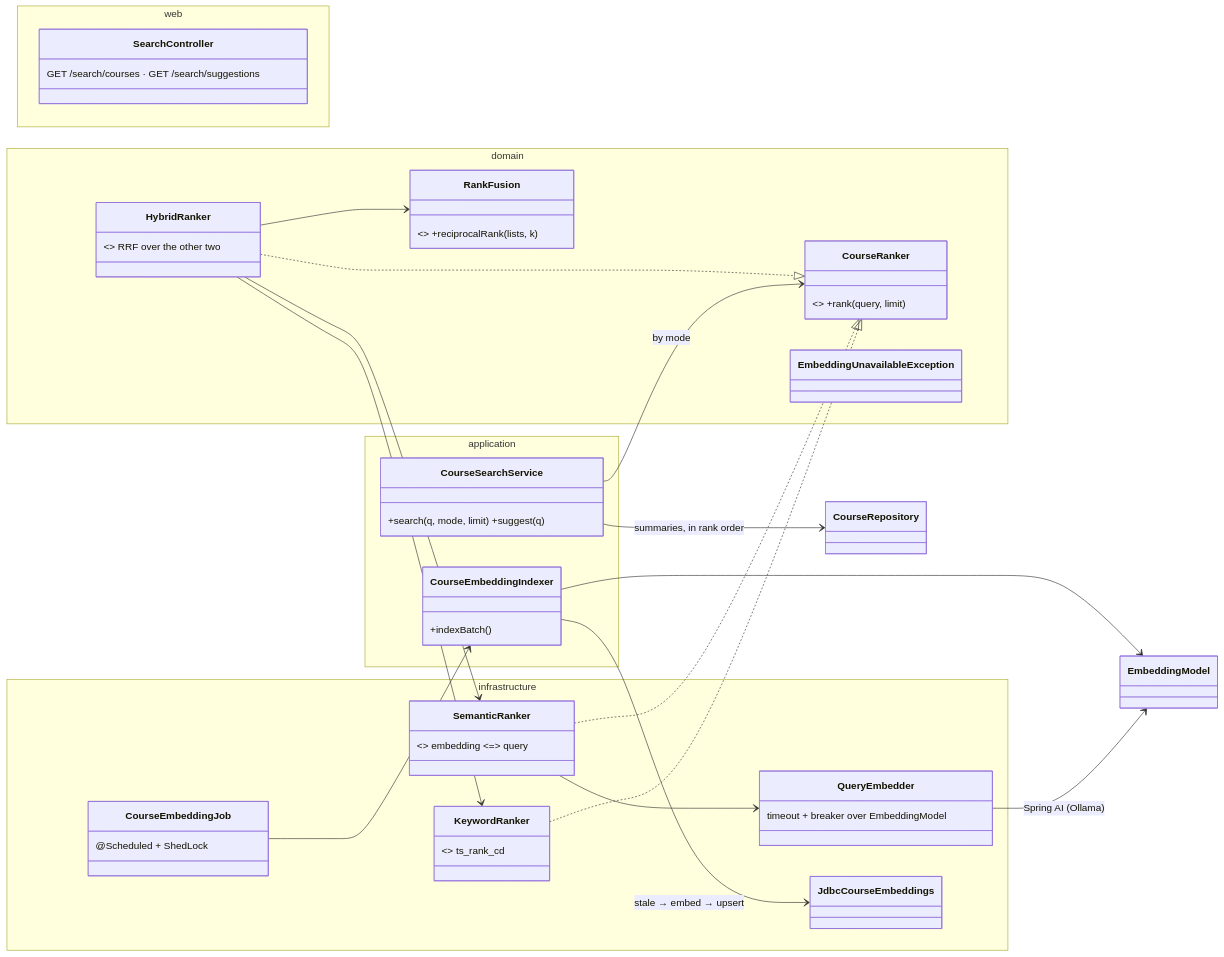
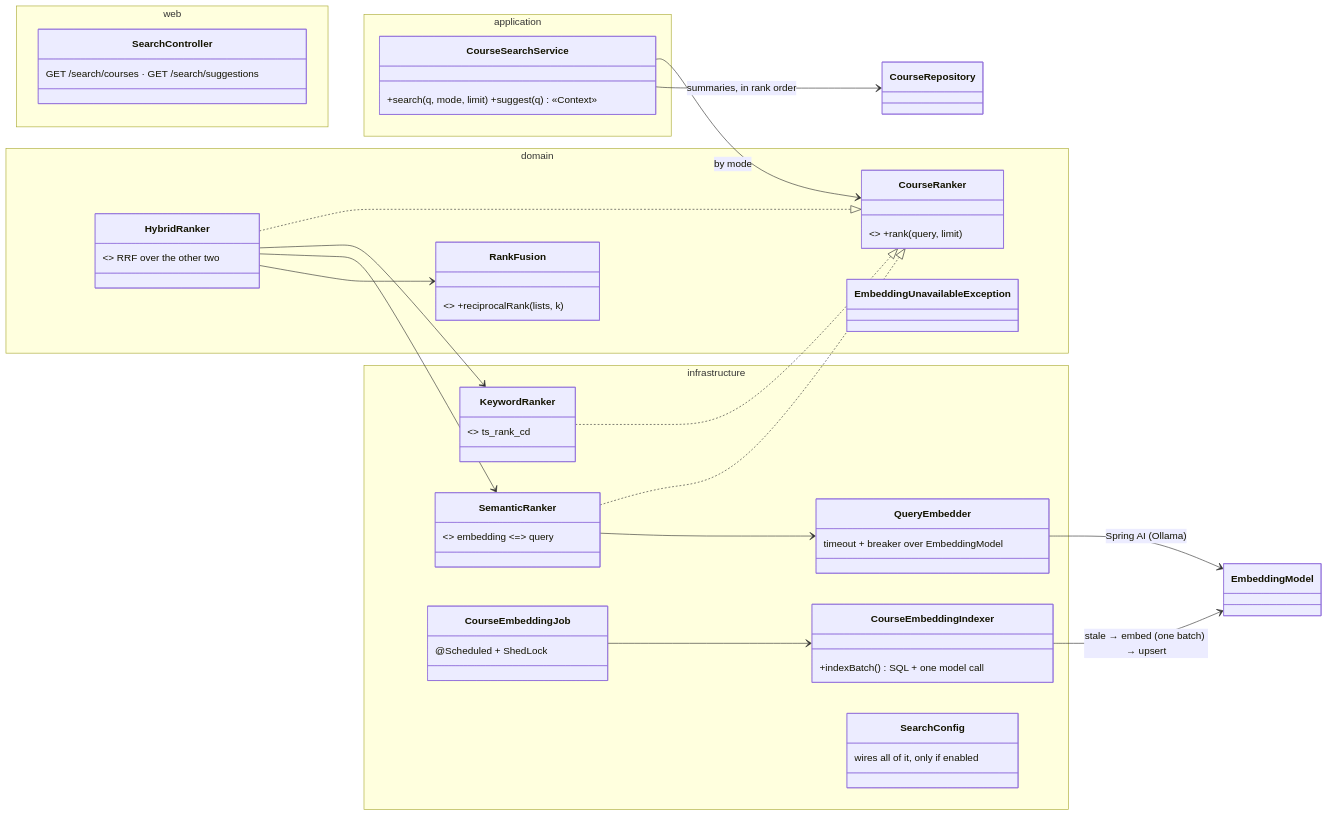
Before and after one commit to b-nimai/Masternova-Spring: the first of 2 diagrams in docs/lld/search.md, drawn with Mermaid. The commit also changed other lines of this file and 29 other files, not shown here.

Commit message:
feat(catalog): semantic search with pgvector + Spring AI (Ollama), hybrid RRF ranking, embedding sweeper, failing open to keywords (11.4)

````diff
--- a/docs/lld/search.md
+++ b/docs/lld/search.md
@@ -50,37 +50,36 @@
 ```mermaid
 classDiagram
   direction LR
   namespace web {
     class SearchController { GET /search/courses · GET /search/suggestions }
   }
   namespace application {
-    class CourseSearchService { +search(q, mode, limit) +suggest(q) }
-    class CourseEmbeddingIndexer { +indexBatch() }
+    class CourseSearchService { +search(q, mode, limit) +suggest(q) «Context» }
   }
   namespace domain {
     class CourseRanker { <<interface, Strategy>> +rank(query, limit) }
     class HybridRanker { <<ConcreteStrategy>> RRF over the other two }
     class RankFusion { <<pure>> +reciprocalRank(lists, k) }
     class EmbeddingUnavailableException
   }
   namespace infrastructure {
     class KeywordRanker { <<ConcreteStrategy>> ts_rank_cd }
     class SemanticRanker { <<ConcreteStrategy>> embedding <=> query }
     class QueryEmbedder { timeout + breaker over EmbeddingModel }
     class CourseEmbeddingJob { @Scheduled + ShedLock }
-    class JdbcCourseEmbeddings
+    class CourseEmbeddingIndexer { +indexBatch() SQL + one model call }
+    class SearchConfig { wires all of it, only if enabled }
   }
   CourseSearchService --> CourseRanker : by mode
   HybridRanker ..|> CourseRanker
   KeywordRanker ..|> CourseRanker
   SemanticRanker ..|> CourseRanker
   HybridRanker --> KeywordRanker
   HybridRanker --> SemanticRanker
   HybridRanker --> RankFusion
   SemanticRanker --> QueryEmbedder
   QueryEmbedder --> EmbeddingModel : Spring AI (Ollama)
   CourseEmbeddingJob --> CourseEmbeddingIndexer
-  CourseEmbeddingIndexer --> JdbcCourseEmbeddings : stale → embed → upsert
-  CourseEmbeddingIndexer --> EmbeddingModel
+  CourseEmbeddingIndexer --> EmbeddingModel : stale → embed (one batch) → upsert
   CourseSearchService --> CourseRepository : summaries, in rank order
 ```
````
